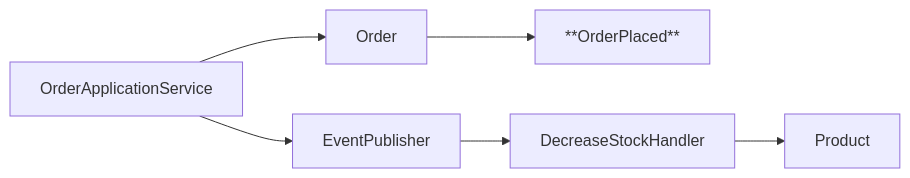
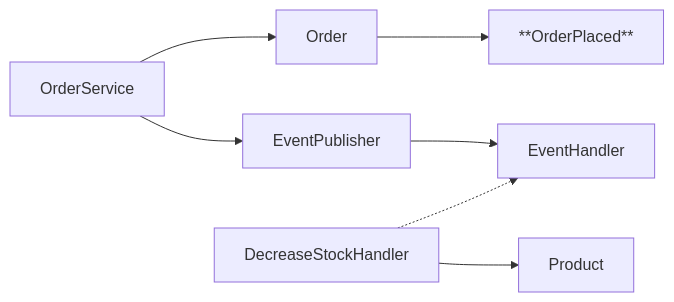
One commit to busan-bank-2026/ddd-example changed the second of 2 diagrams in .projectcode/chapters/order-events/diagrams/flow.md. Above: the diagram before and after it, drawn with Mermaid. The commit also changed other lines of this file and 12 other files, not shown here.

````diff
--- a/.projectcode/chapters/order-events/diagrams/flow.md
+++ b/.projectcode/chapters/order-events/diagrams/flow.md
@@ -13,8 +13,9 @@
 ```mermaid
 flowchart LR
-  S[OrderApplicationService] --> O[Order]
+  S[OrderService] --> O[Order]
   O --> P[**OrderPlaced**]
   S --> E[EventPublisher]
-  E --> H[DecreaseStockHandler]
+  E --> I[EventHandler]
+  H[DecreaseStockHandler] -.-> I
   H --> R[Product]
 ```
````
